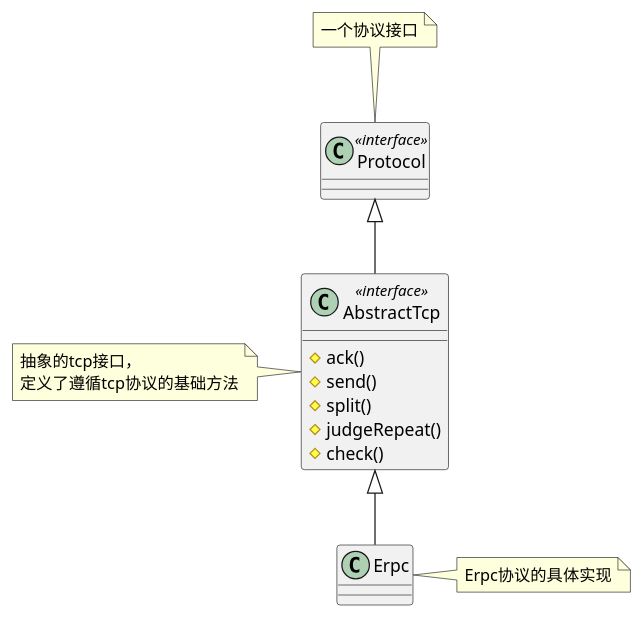
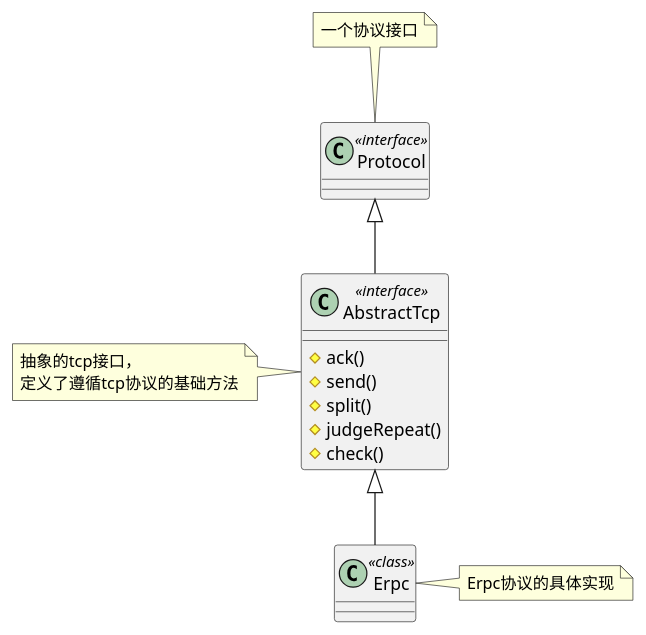
The third of 3 diagrams in readme.md (adanli/egg-rpc), drawn with PlantUML before and after one commit. The commit also changed other lines of this file, not shown here.

Commit message:
区分了各个uml类图中类的类型，包括接口、抽象类、实现类

````diff
--- a/readme.md
+++ b/readme.md
@@ -111,17 +118,18 @@
 ```puml
 @startuml
 Protocol <|-- AbstractTcp
 AbstractTcp <|-- Erpc 
 class Protocol <<interface>>
 class AbstractTcp <<interface>>{
     {method} # ack()
     {method} # send()
     {method} # split()
     {method} # judgeRepeat()
     {method} # check()
 }
+class Erpc <<class>>
 note top of Protocol: 一个协议接口
 note left of AbstractTcp: 抽象的tcp接口，\n定义了遵循tcp协议的基础方法
 note right of Erpc: Erpc协议的具体实现
 @enduml
 ```
````
